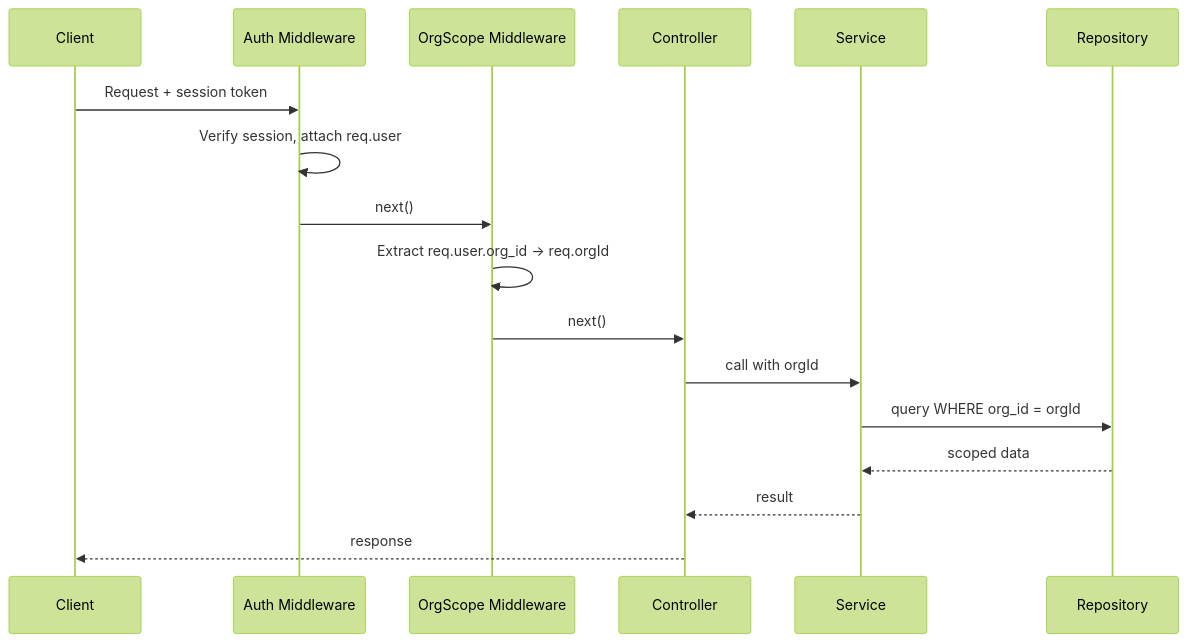
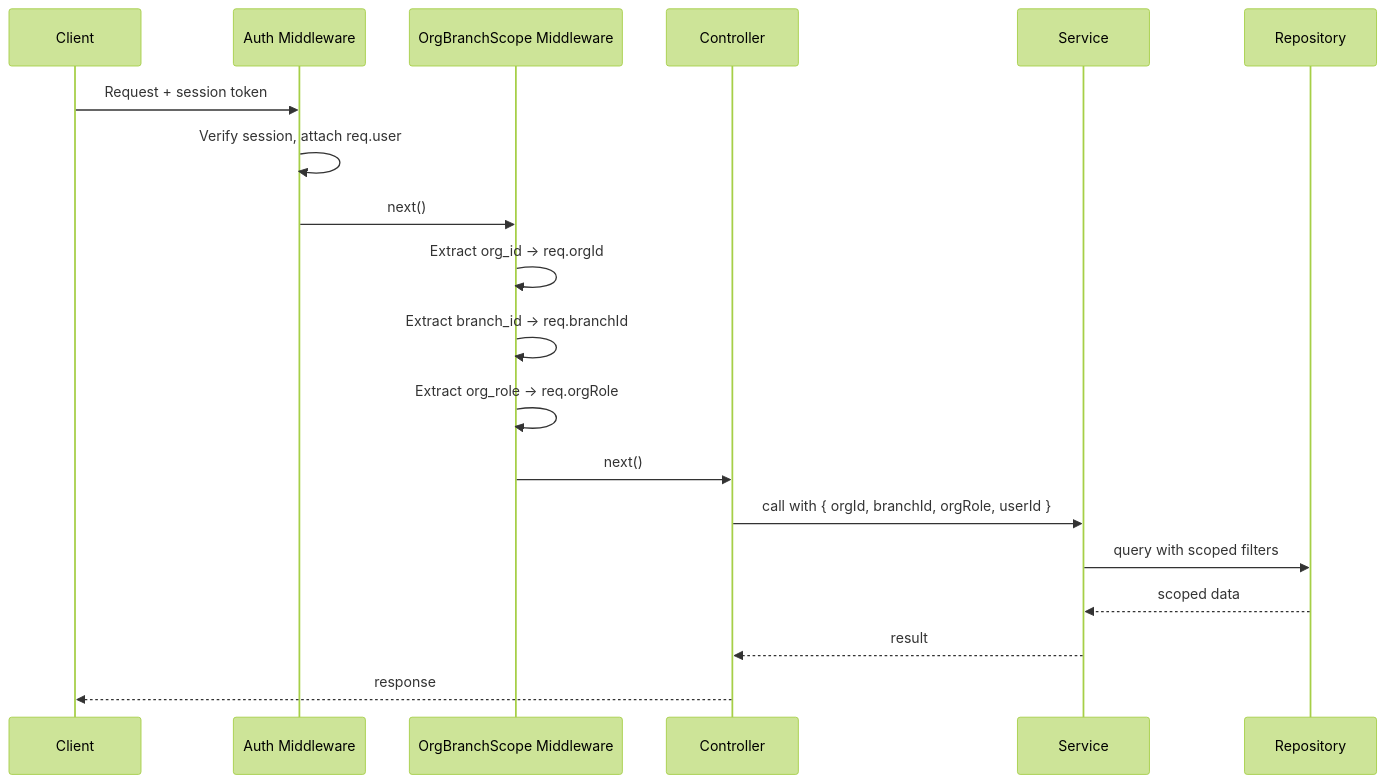
Diagram 12 of 21 in SAAS_MULTITENANCY_PLAN.md (Jhay1413/travana-V2), drawn with Mermaid (forest theme) before and after one commit. The commit also changed other lines of this file and 7 other files, not shown here.

````diff
--- a/SAAS_MULTITENANCY_PLAN.md
+++ b/SAAS_MULTITENANCY_PLAN.md
@@ -282,20 +590,22 @@
 ```mermaid
 sequenceDiagram
     participant C as Client
     participant A as Auth Middleware
-    participant O as OrgScope Middleware
+    participant O as OrgBranchScope Middleware
     participant Ctrl as Controller
     participant Svc as Service
     participant Repo as Repository
 
     C->>A: Request + session token
     A->>A: Verify session, attach req.user
     A->>O: next()
-    O->>O: Extract req.user.org_id → req.orgId
+    O->>O: Extract org_id → req.orgId
+    O->>O: Extract branch_id → req.branchId
+    O->>O: Extract org_role → req.orgRole
     O->>Ctrl: next()
-    Ctrl->>Svc: call with orgId
-    Svc->>Repo: query WHERE org_id = orgId
+    Ctrl->>Svc: call with { orgId, branchId, orgRole, userId }
+    Svc->>Repo: query with scoped filters
     Repo-->>Svc: scoped data
     Svc-->>Ctrl: result
     Ctrl-->>C: response
 ```
````
